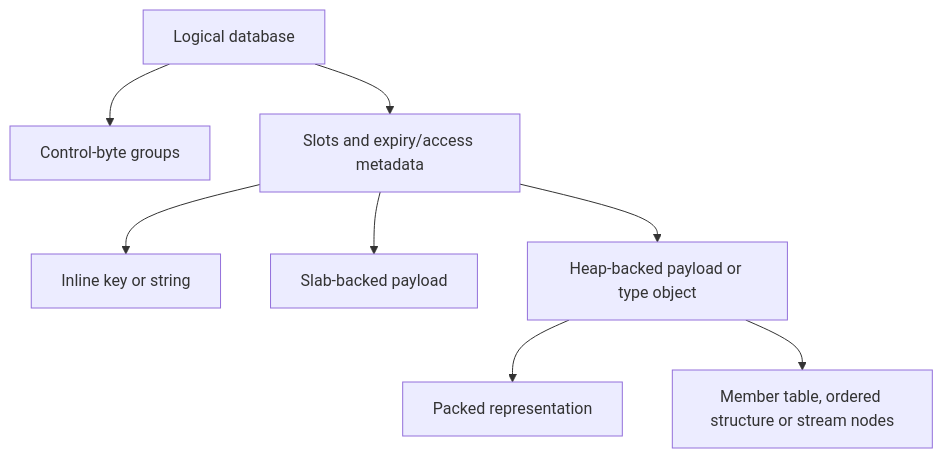
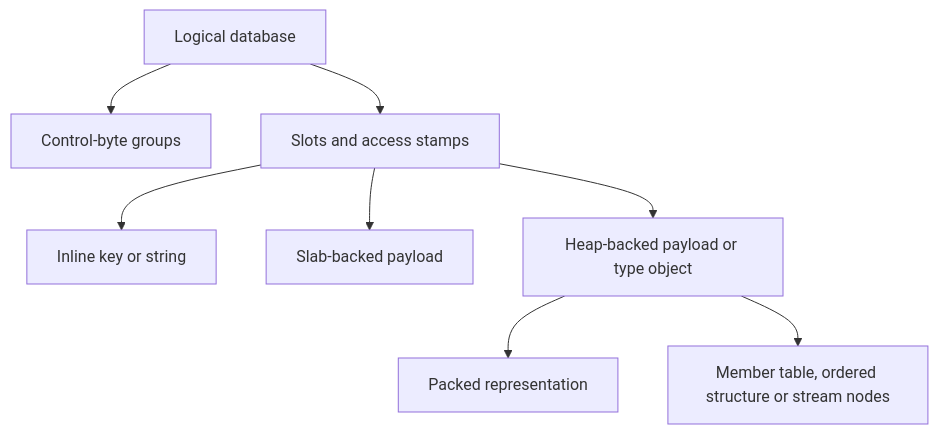
Before and after one commit to vighnesh-bheed/eski: the second of 2 diagrams in docs/architecture.md, drawn with Mermaid. The commit also changed other lines of this file and 11 other files, not shown here.

````diff
--- a/docs/architecture.md
+++ b/docs/architecture.md
@@ -52,10 +52,10 @@
 ```mermaid
 flowchart TD
     Db[Logical database] --> Control[Control-byte groups]
-    Db --> Slots[Slots and expiry/access metadata]
+    Db --> Slots[Slots and access stamps]
     Slots --> Inline[Inline key or string]
     Slots --> Slab[Slab-backed payload]
     Slots --> Heap[Heap-backed payload or type object]
     Heap --> Packed[Packed representation]
     Heap --> Indexed[Member table, ordered structure or stream nodes]
 ```
````
